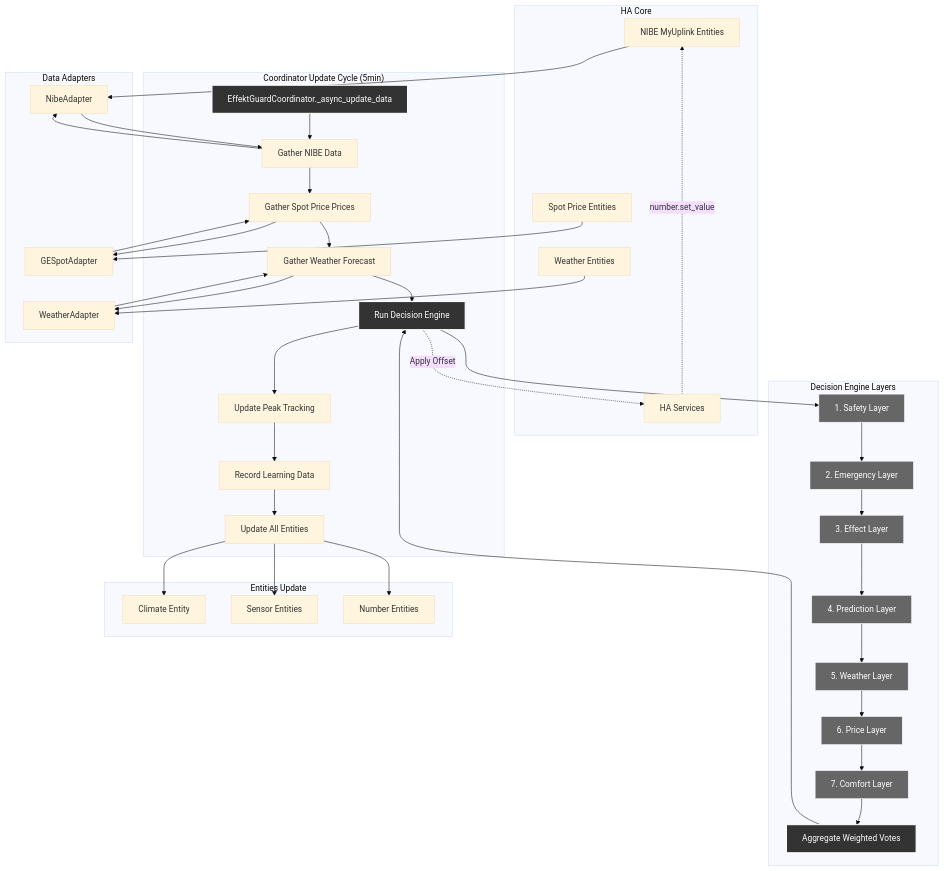
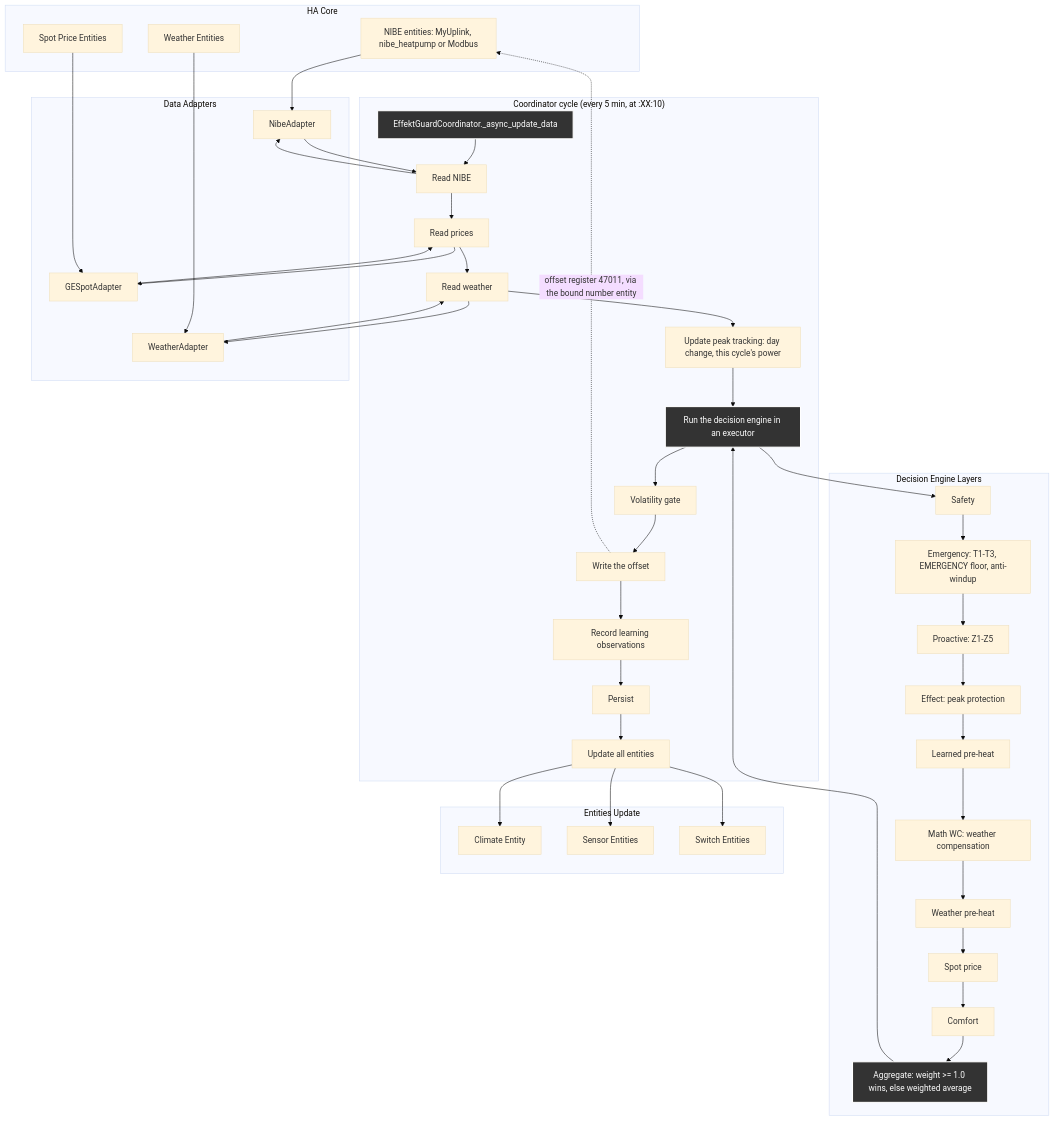
One commit to enoch85/EffektGuard changed the diagram in docs/architecture/01_normal_optimization_cycle.md. Above: the diagram before and after it, drawn with Mermaid (base theme). The commit also changed other lines of this file and 32 other files, not shown here.

````diff
--- a/docs/architecture/01_normal_optimization_cycle.md
+++ b/docs/architecture/01_normal_optimization_cycle.md
@@ -5,93 +6,93 @@
 ```mermaid
 flowchart TD
     subgraph "HA Core"
-        A[NIBE MyUplink Entities]
-        B[Spot Price Entities] 
+        A[NIBE entities: MyUplink, nibe_heatpump or Modbus]
+        B[Spot Price Entities]
         C[Weather Entities]
-        D[HA Services]
     end
 
-    subgraph "Coordinator Update Cycle (5min)"
+    subgraph "Coordinator cycle (every 5 min, at :XX:10)"
         E[EffektGuardCoordinator._async_update_data]
-        F[Gather NIBE Data]
-        G[Gather Spot Price Prices]
-        H[Gather Weather Forecast]
-        I[Run Decision Engine]
-        J[Update Peak Tracking]
-        K[Record Learning Data]
-        L[Update All Entities]
+        F[Read NIBE]
+        G[Read prices]
+        H[Read weather]
+        J[Update peak tracking: day change, this cycle's power]
+        I[Run the decision engine in an executor]
+        V[Volatility gate]
+        WR[Write the offset]
+        K[Record learning observations]
+        PS[Persist]
+        L[Update all entities]
     end
 
     subgraph "Decision Engine Layers"
-        M[1. Safety Layer]
-        N[2. Emergency Layer]
-        O[3. Effect Layer]
-        P[4. Prediction Layer]
-        Q[5. Weather Layer]
-        R[6. Price Layer]
-        S[7. Comfort Layer]
-        T[Aggregate Weighted Votes]
+        M[Safety]
+        N[Emergency: T1-T3, EMERGENCY floor, anti-windup]
+        P1[Proactive: Z1-Z5]
+        O[Effect: peak protection]
+        P[Learned pre-heat]
+        WC[Math WC: weather compensation]
+        Q[Weather pre-heat]
+        R[Spot price]
+        S[Comfort]
+        T[Aggregate: weight >= 1.0 wins, else weighted average]
     end
 
     subgraph "Data Adapters"
         U[NibeAdapter]
-        V[GESpotAdapter]
+        VA[GESpotAdapter]
         W[WeatherAdapter]
     end
 
     subgraph "Entities Update"
         X[Climate Entity]
         Y[Sensor Entities]
-        Z[Number Entities]
+        Z[Switch Entities]
     end
 
     %% Data Flow
     A --> U
-    B --> V
+    B --> VA
     C --> W
-    
+
     E --> F
     F --> U
     U --> F
     F --> G
-    G --> V
-    V --> G
+    G --> VA
+    VA --> G
     G --> H
     H --> W
     W --> H
-    
-    H --> I
+
+    H --> J
+    J --> I
     I --> M
     M --> N
-    N --> O
+    N --> P1
+    P1 --> O
     O --> P
-    P --> Q
+    P --> WC
+    WC --> Q
     Q --> R
     R --> S
     S --> T
     T --> I
-    
-    I --> J
-    J --> K
-    K --> L
+
+    I --> V
+    V --> WR
+    WR --> K
+    K --> PS
+    PS --> L
     L --> X
     L --> Y
     L --> Z
-    
+
     %% Apply Decision
-    I -.->|Apply Offset| D
-    D -.->|number.set_value| A
+    WR -.->|offset register 47011, via the bound number entity| A
 
     %% Styling
     style E fill:#333,stroke:#fff,stroke-width:2px,color:#fff
     style I fill:#333,stroke:#fff,stroke-width:2px,color:#fff
     style T fill:#333,stroke:#fff,stroke-width:2px,color:#fff
-    
-    style M fill:#666,stroke:#fff,stroke-width:1px,color:#fff
-    style N fill:#666,stroke:#fff,stroke-width:1px,color:#fff
-    style O fill:#666,stroke:#fff,stroke-width:1px,color:#fff
-    style P fill:#666,stroke:#fff,stroke-width:1px,color:#fff
-    style Q fill:#666,stroke:#fff,stroke-width:1px,color:#fff
-    style R fill:#666,stroke:#fff,stroke-width:1px,color:#fff
-    style S fill:#666,stroke:#fff,stroke-width:1px,color:#fff
 ```
````
